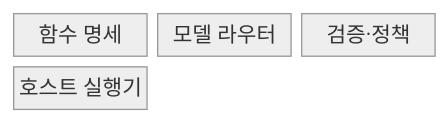
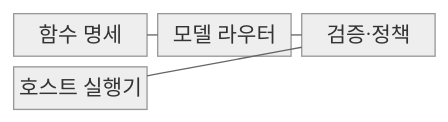
Before and after one commit to agnusdei1207/knowledge-base: the first of 2 diagrams in src/content/docs/notes/08-latest-tech/005_function_calling.md, drawn with Mermaid (neutral theme). The commit also changed other lines of this file and 228 other files, not shown here.

````diff
--- a/src/content/docs/notes/08-latest-tech/005_function_calling.md
+++ b/src/content/docs/notes/08-latest-tech/005_function_calling.md
@@ -53,8 +53,11 @@
 ```mermaid
 block-beta
     columns 3
     S["함수 명세"]
     M["모델 라우터"]
     V["검증·정책"]
     H["호스트 실행기"]
+    S --- M
+    M --- V
+    V --- H
 ```
````
